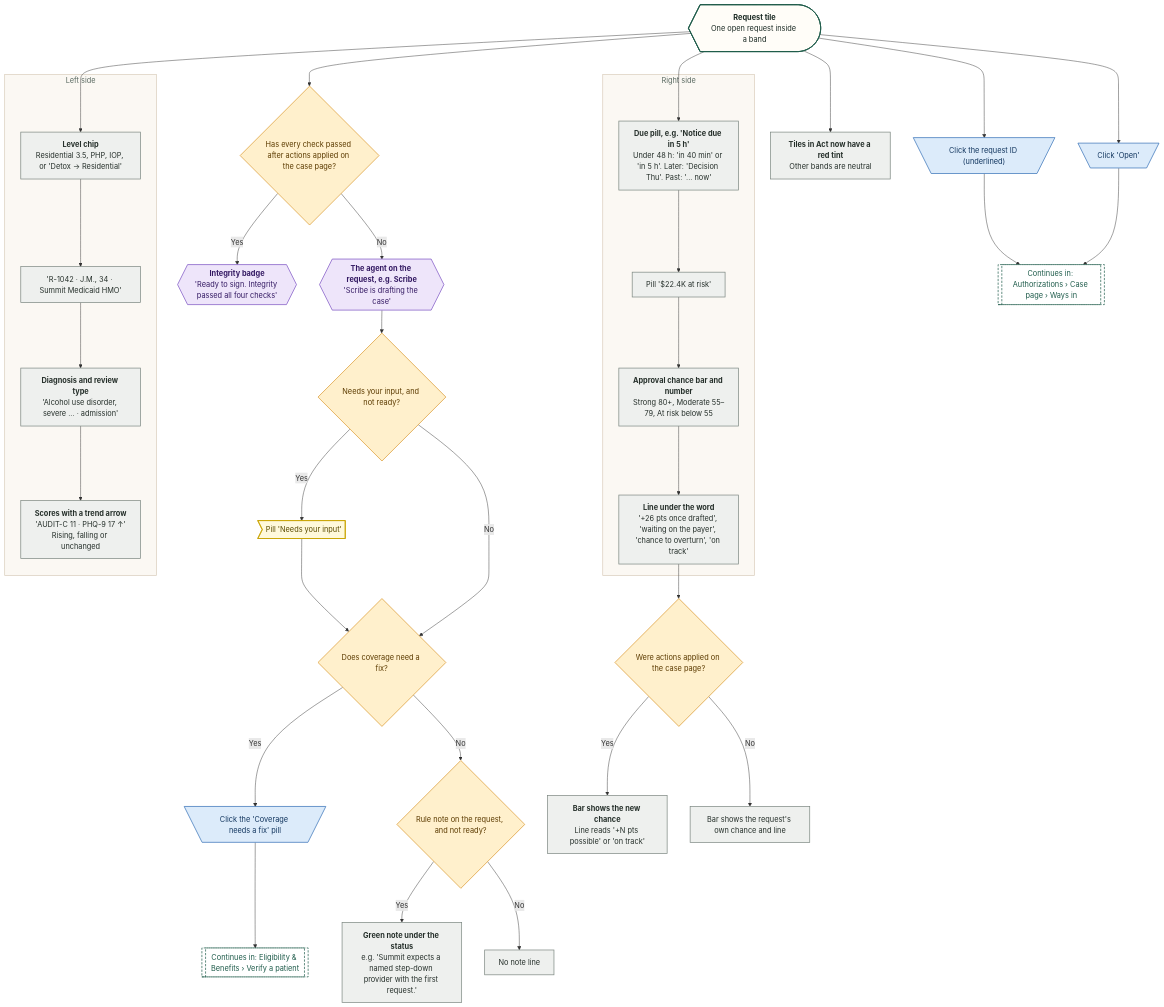
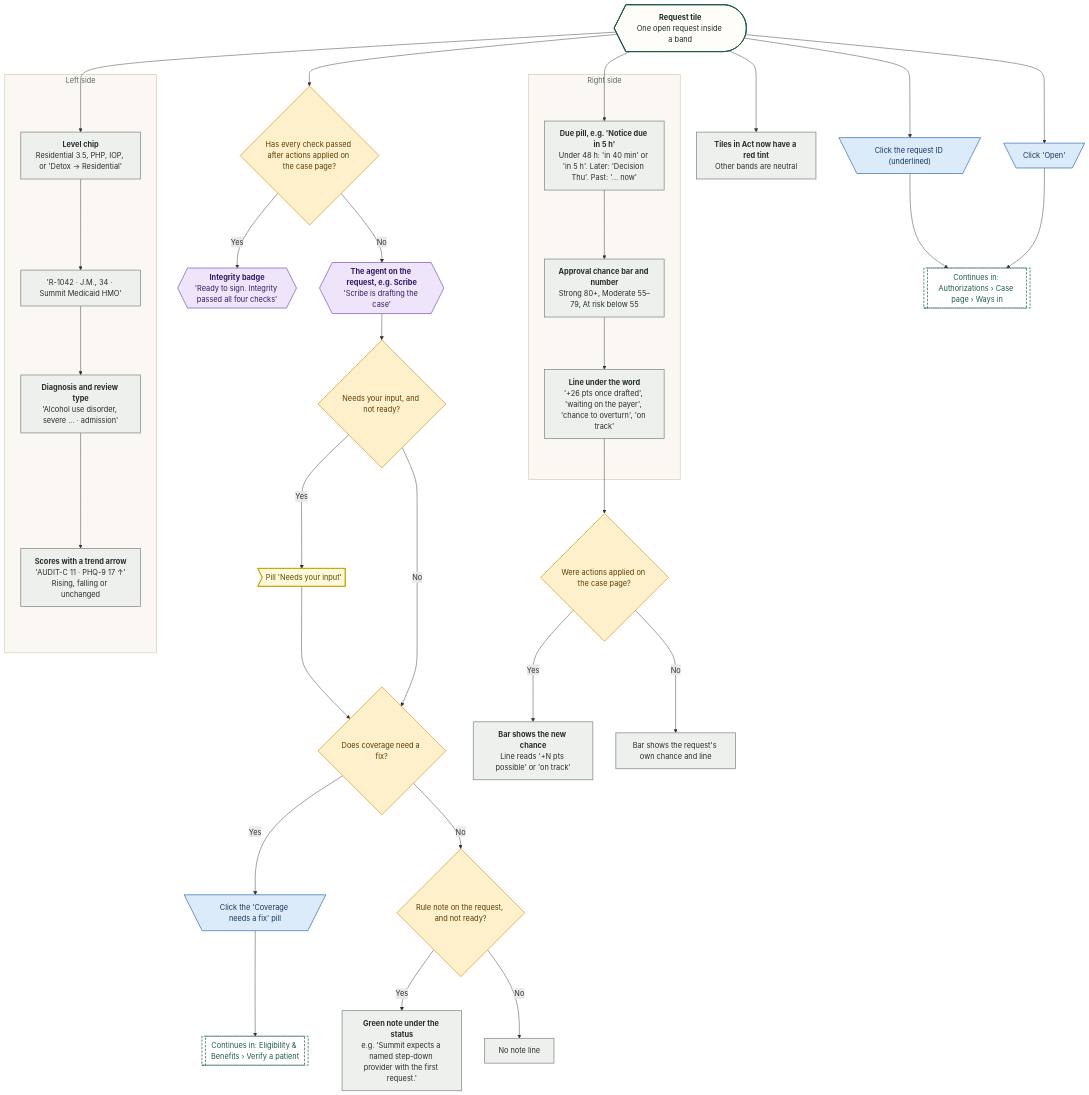
Before and after one commit to Shrav143/psyfloapp: the diagram in demos/prior-auth-demo/workflows/out/mmd/03-authorizations/14-queue-request-tile.mmd, drawn with Mermaid. The commit also changed 39 other files, not shown here.

First line of the commit message:
docs: appeal analysis report in the site map and README; rebuild the workflow diagrams (225)

```diff
--- a/demos/prior-auth-demo/workflows/out/mmd/03-authorizations/14-queue-request-tile.mmd
+++ b/demos/prior-auth-demo/workflows/out/mmd/03-authorizations/14-queue-request-tile.mmd
@@ -1,75 +1,74 @@
 %%{init: {"theme":"base","themeVariables":{"fontFamily":"'DM Sans', 'Segoe UI', system-ui, sans-serif","fontSize":"15px","lineColor":"#5B6B63","primaryTextColor":"#1C2B25","clusterBkg":"#FBF8F3","clusterBorder":"#D9CDBB","edgeLabelBackground":"#FFFFFF"},"flowchart":{"curve":"basis","nodeSpacing":36,"rankSpacing":48,"padding":12,"htmlLabels":true,"useMaxWidth":false,"wrappingWidth":230}} }%%
 flowchart TD
   classDef k_start fill:#1F5C4B,stroke:#174638,color:#FFFFFF,stroke-width:1.5px,font-weight:600
   classDef k_end fill:#DDEFE3,stroke:#2E7D4F,color:#14502F,stroke-width:1.5px,font-weight:600
   classDef k_endx fill:#FBE3E0,stroke:#C0392B,color:#7A1F16,stroke-width:1.5px,font-weight:600
   classDef k_screen fill:#FFFDF8,stroke:#1F5C4B,color:#1C2B25,stroke-width:2px
   classDef k_overlay fill:#F1F7F3,stroke:#1F5C4B,color:#1C2B25,stroke-width:2px,stroke-dasharray:5 3
   classDef k_click fill:#DCEBFA,stroke:#2F6DB5,color:#12365F,stroke-width:1.5px
   classDef k_input fill:#E4E7FF,stroke:#4C5FD5,color:#1D2670,stroke-width:1.5px
   classDef k_process fill:#EEF0EE,stroke:#7A857F,color:#26302B,stroke-width:1.5px
   classDef k_agent fill:#EEE5FA,stroke:#7A4FC2,color:#341A63,stroke-width:1.5px
   classDef k_decision fill:#FFF0CC,stroke:#D9962B,color:#5C3B00,stroke-width:1.5px
   classDef k_store fill:#D5F0EA,stroke:#1C8E7B,color:#0B4A3F,stroke-width:1.5px
   classDef k_doc fill:#F6E9DC,stroke:#B07A4C,color:#4A2E14,stroke-width:1.5px
   classDef k_ext fill:#FFE6D2,stroke:#E07B39,color:#6B2F06,stroke-width:1.5px
   classDef k_wait fill:#E4E8EE,stroke:#6B7C93,color:#26303D,stroke-width:1.5px
   classDef k_toast fill:#FFF9DB,stroke:#C9A400,color:#5A4A00,stroke-width:1.5px
   classDef k_goto fill:#FFFFFF,stroke:#1F5C4B,color:#1F5C4B,stroke-width:1.5px,stroke-dasharray:5 3
   t@{ shape: curv-trap, label: "<b>Request tile</b><br/>One open request inside a band" }
   subgraph gL ["Left side"]
   lv@{ shape: rect, label: "<b>Level chip</b><br/>Residential 3.5, PHP, IOP, or 'Detox → Residential'" }
   id@{ shape: rect, label: "'R-1042 · J.M., 34 · Summit Medicaid HMO'" }
   dx@{ shape: rect, label: "<b>Diagnosis and review type</b><br/>'Alcohol use disorder, severe ... · admission'" }
   sc@{ shape: rect, label: "<b>Scores with a trend arrow</b><br/>'AUDIT-C 11 · PHQ-9 17 ↑'<br/>Rising, falling or unchanged" }
   end
   dR@{ shape: diam, label: "Has every check passed after actions applied on the case page?" }
   ag1@{ shape: hex, label: "<b>Integrity badge</b><br/>'Ready to sign. Integrity passed all four checks'" }
   ag2@{ shape: hex, label: "<b>The agent on the request, e.g. Scribe</b><br/>'Scribe is drafting the case'" }
   dN@{ shape: diam, label: "Needs your input, and not ready?" }
   pn@{ shape: odd, label: "Pill 'Needs your input'" }
   dC@{ shape: diam, label: "Does coverage need a fix?" }
   cl@{ shape: trap-t, label: "Click the 'Coverage needs a fix' pill" }
   gE@{ shape: subproc, label: "Continues in: Eligibility & Benefits › Verify a patient" }
   dRule@{ shape: diam, label: "Rule note on the request, and not ready?" }
   rule@{ shape: rect, label: "<b>Green note under the status</b><br/>e.g. 'Summit expects a named step-down provider with the first request.'" }
   subgraph gR ["Right side"]
   due@{ shape: rect, label: "<b>Due pill, e.g. 'Notice due in 5 h'</b><br/>Under 48 h: 'in 40 min' or 'in 5 h'. Later: 'Decision Thu'. Past: '... now'" }
-  risk@{ shape: rect, label: "Pill '$22.4K at risk'" }
   ch@{ shape: rect, label: "<b>Approval chance bar and number</b><br/>Strong 80+, Moderate 55–79, At risk below 55" }
   lift@{ shape: rect, label: "<b>Line under the word</b><br/>'+26 pts once drafted', 'waiting on the payer', 'chance to overturn', 'on track'" }
   end
   dA@{ shape: diam, label: "Were actions applied on the case page?" }
   ch2@{ shape: rect, label: "<b>Bar shows the new chance</b><br/>Line reads '+N pts possible' or 'on track'" }
   ch3@{ shape: rect, label: "Bar shows the request's own chance and line" }
   nr@{ shape: rect, label: "No note line" }
   tint@{ shape: rect, label: "<b>Tiles in Act now have a red tint</b><br/>Other bands are neutral" }
   idl@{ shape: trap-t, label: "Click the request ID (underlined)" }
   ob@{ shape: trap-t, label: "Click 'Open'" }
   gC@{ shape: subproc, label: "Continues in: Authorizations › Case page › Ways in" }
   t --> lv --> id --> dx --> sc
   t --> dR
   dR -->|"Yes"| ag1
   dR -->|"No"| ag2 --> dN
   dN -->|"Yes"| pn
   dN -->|"No"| dC
   pn --> dC
   dC -->|"Yes"| cl --> gE
   dC -->|"No"| dRule
   dRule -->|"Yes"| rule
   dRule -->|"No"| nr
-  t --> due --> risk --> ch --> lift --> dA
+  t --> due --> ch --> lift --> dA
   dA -->|"Yes"| ch2
   dA -->|"No"| ch3
   t --> tint
   t --> idl --> gC
   t --> ob --> gC
   class t k_screen
-  class lv,id,dx,sc,rule,due,risk,ch,lift,ch2,ch3,nr,tint k_process
+  class lv,id,dx,sc,rule,due,ch,lift,ch2,ch3,nr,tint k_process
   class dR,dN,dC,dRule,dA k_decision
   class ag1,ag2 k_agent
   class pn k_toast
   class cl,idl,ob k_click
   class gE,gC k_goto
   style gL fill:#FBF8F3,stroke:#D9CDBB,stroke-width:1.5px,color:#5B6B63
   style gR fill:#FBF8F3,stroke:#D9CDBB,stroke-width:1.5px,color:#5B6B63
```
